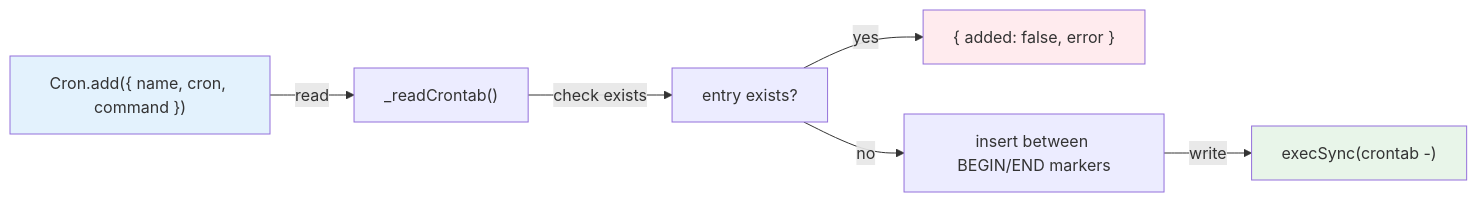
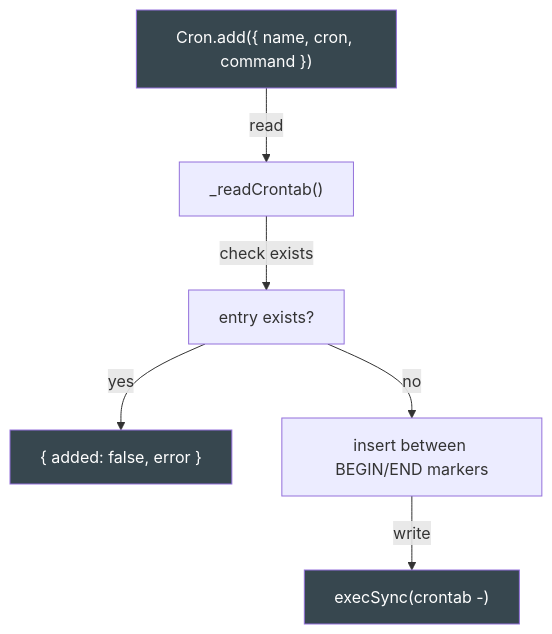
The ninth of 9 diagrams in docs/OVERVIEW.md (avoidwork/madz), drawn with Mermaid before and after one commit.

Commit message:
docs: fix Cron system flow chart — vertical flow, standardized background

````diff
--- a/docs/OVERVIEW.md
+++ b/docs/OVERVIEW.md
@@ -506,12 +506,12 @@
 ```mermaid
-flowchart LR
+flowchart TD
     CA["Cron.add({ name, cron, command })"] -->|"read"| RC["_readCrontab()"]
     RC -->|"check exists"| CE["entry exists?"]
     CE -->|"yes"| RE["{ added: false, error }"]
     CE -->|"no"| IM["insert between BEGIN/END markers"]
     IM -->|"write"| WC["execSync(crontab -)"]
 
-    style CA fill:#e3f2fd
-    style WC fill:#e8f5e9
-    style RE fill:#ffebee
+    style CA fill:#37474f,color:#fff
+    style WC fill:#37474f,color:#fff
+    style RE fill:#37474f,color:#fff
 ```
````
